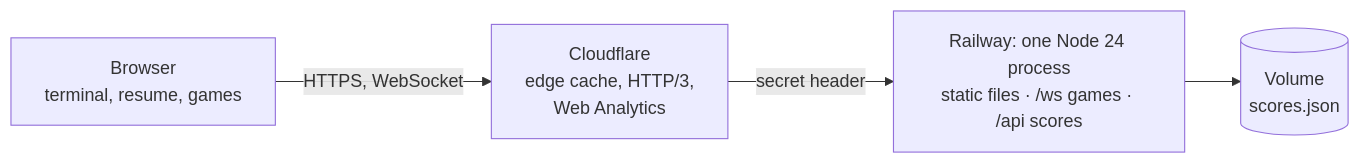
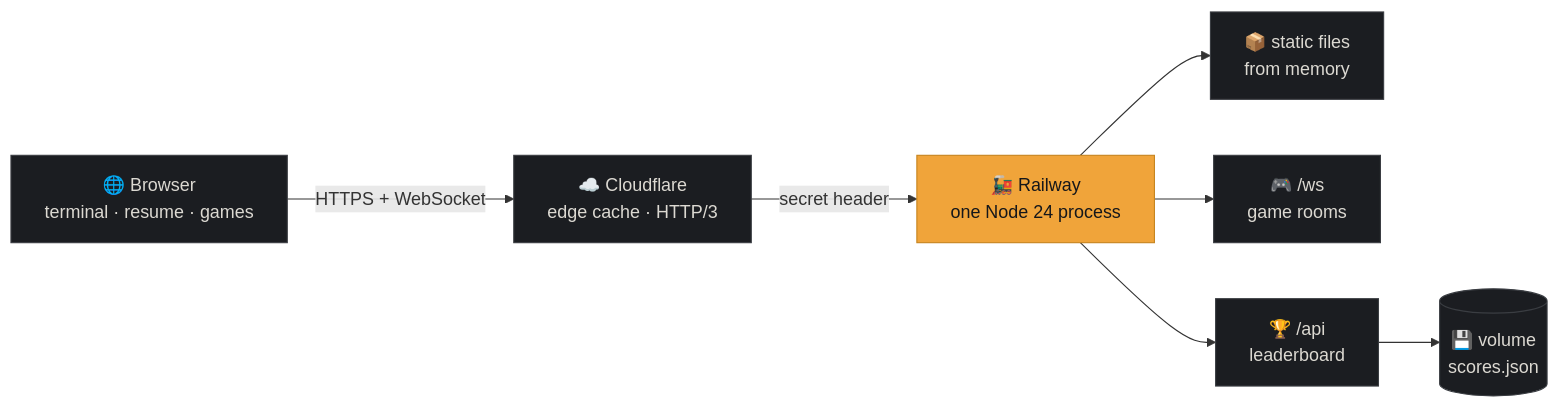
The diagram in README.md (pedrohqesilva/phas.dev), drawn with Mermaid before and after one commit. The commit also changed other lines of this file and 18 other files, not shown here.

````diff
--- a/README.md
+++ b/README.md
@@ -52,6 +122,14 @@
 ```mermaid
 flowchart LR
-  B["Browser<br/>terminal, resume, games"] -->|HTTPS, WebSocket| CF["Cloudflare<br/>edge cache, HTTP/3,<br/>Web Analytics"]
-  CF -->|secret header| R["Railway: one Node 24 process<br/>static files · /ws games · /api scores"]
-  R --> V[("Volume<br/>scores.json")]
+  B["🌐 Browser<br/>terminal · resume · games"] -->|HTTPS + WebSocket| CF["☁️ Cloudflare<br/>edge cache · HTTP/3"]
+  CF -->|secret header| R["🚂 Railway<br/>one Node 24 process"]
+  R --> S["📦 static files<br/>from memory"]
+  R --> W["🎮 /ws<br/>game rooms"]
+  R --> A["🏆 /api<br/>leaderboard"]
+  A --> V[("💾 volume<br/>scores.json")]
+
+  classDef accent fill:#f0a43a,stroke:#c7841f,color:#15171a
+  classDef dark fill:#1b1d21,stroke:#3a3d42,color:#dcd9d2
+  class R accent
+  class B,CF,S,W,A,V dark
 ```
````
